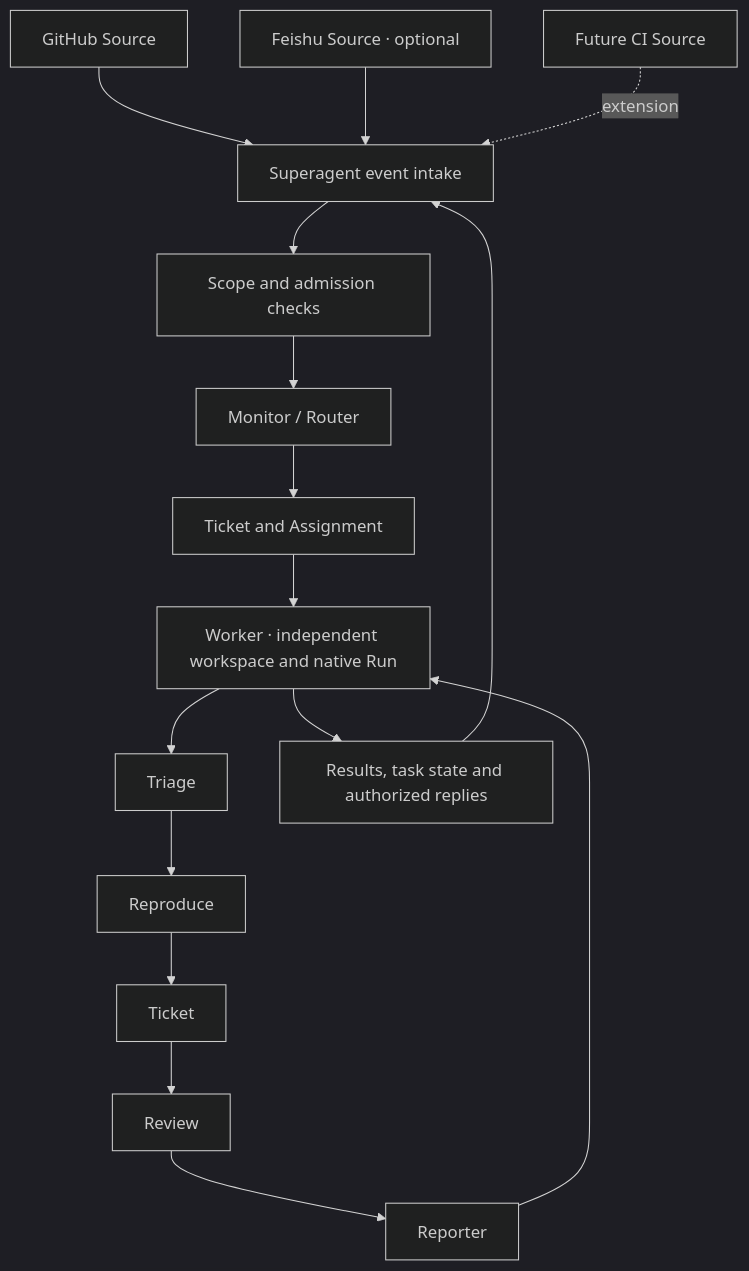
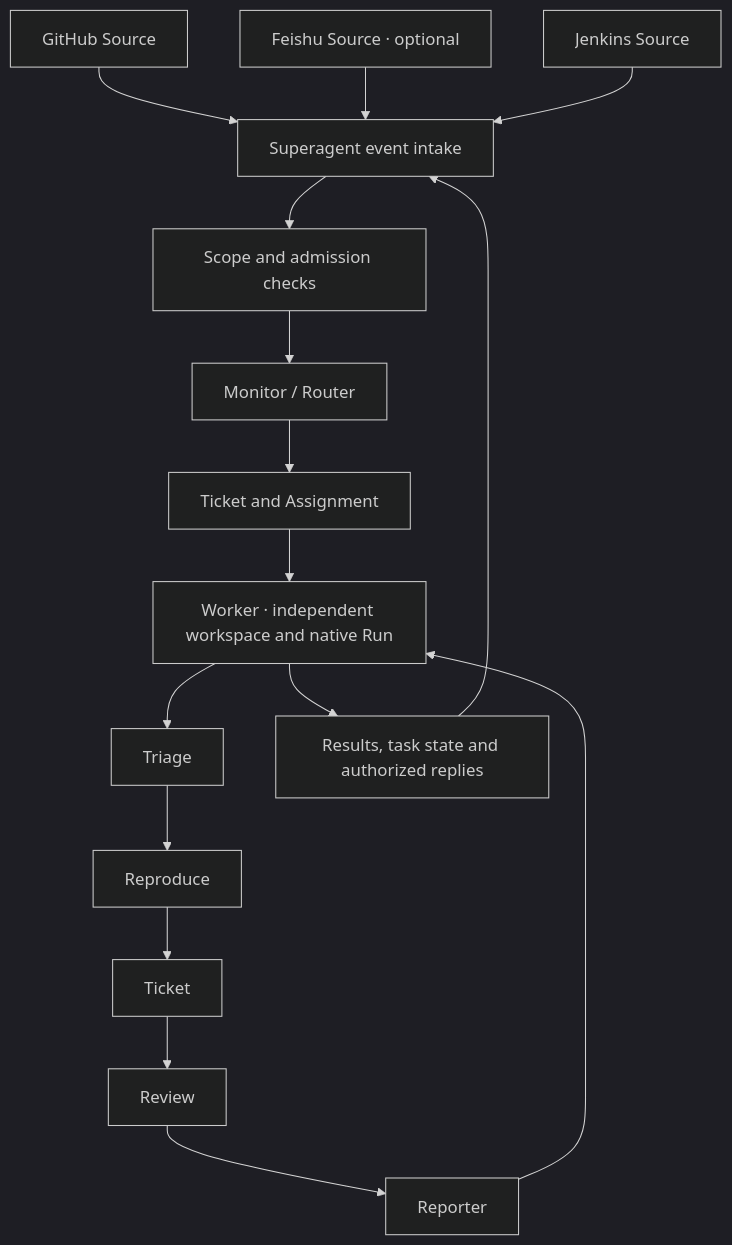
One commit to devsuperjin/LAI-Trial changed the diagram in docs/design.md. Above: the diagram before and after it, drawn with Mermaid (dark theme). The commit also changed other lines of this file and 24 other files, not shown here.

First line of the commit message:
feat: poll Jenkins failures directly as a Source

````diff
--- a/docs/design.md
+++ b/docs/design.md
@@ -22,18 +22,18 @@
 ```mermaid
 flowchart TD
     GH[GitHub Source] --> S[Superagent event intake]
     FS[Feishu Source · optional] --> S
-    CI[Future CI Source] -. extension .-> S
+    JK[Jenkins Source] --> S
     S --> P[Scope and admission checks]
     P --> R[Monitor / Router]
     R --> T[Ticket and Assignment]
     T --> W[Worker · independent workspace and native Run]
     W --> A[Triage]
     A --> B[Reproduce]
     B --> C[Ticket]
     C --> D[Review]
     D --> E[Reporter]
     E --> W
     W --> O[Results, task state and authorized replies]
     O --> S
 ```
````
